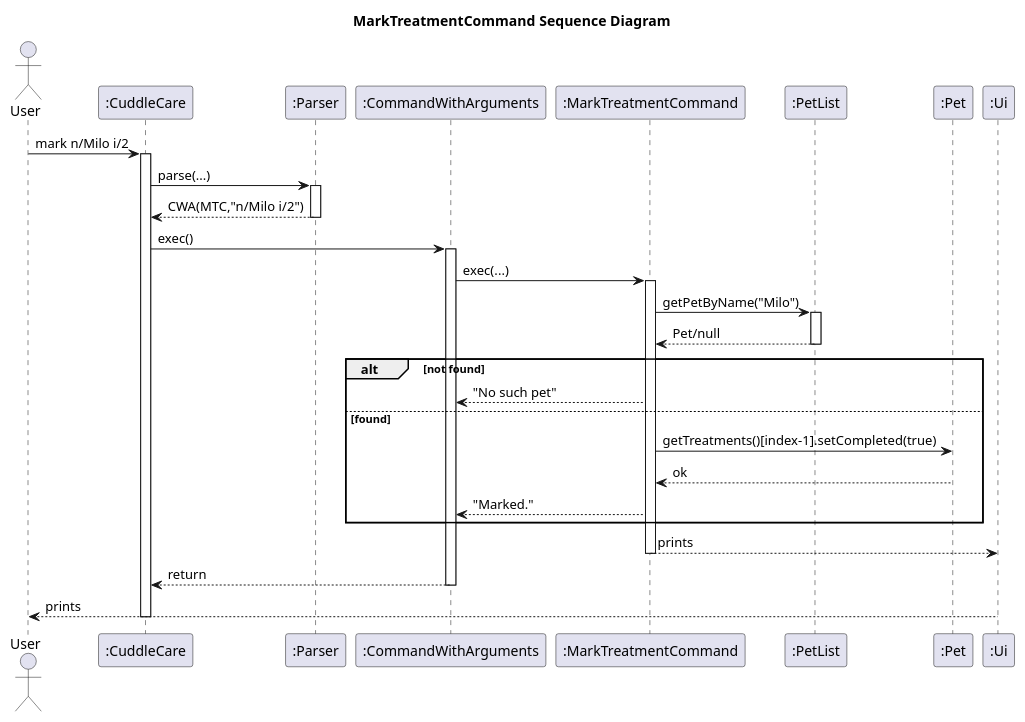
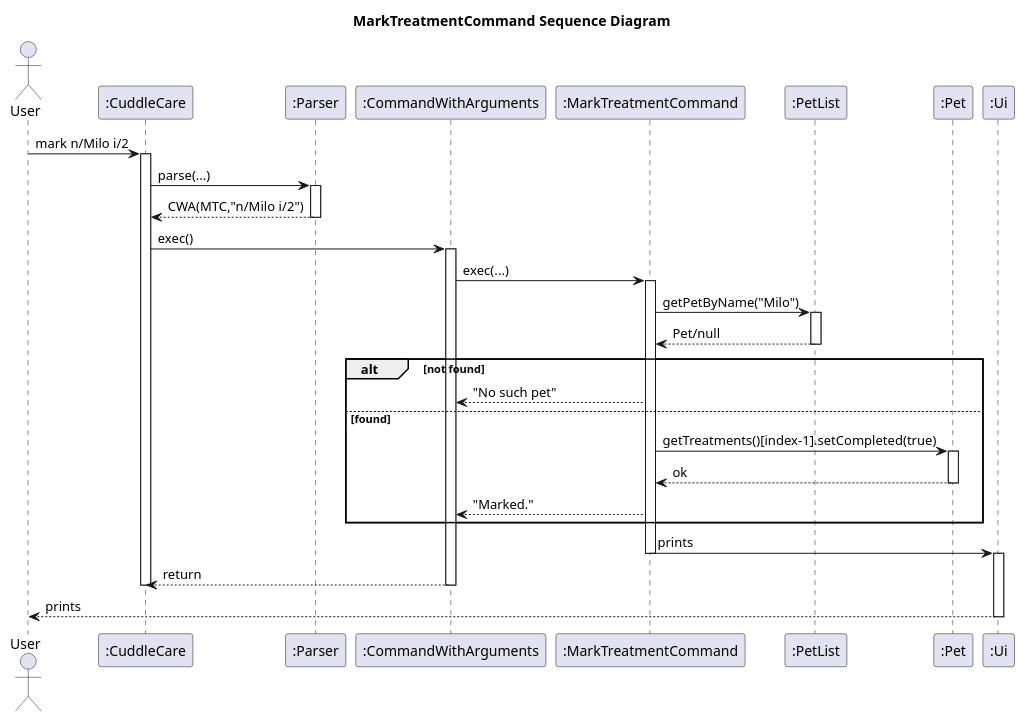
One commit to Kevin88866/tp changed the diagram in docs/uml/MarkTreatmentCommand_Sequence_Diagram.puml. Above: the diagram before and after it, drawn with PlantUML. The commit also changed 20 other files, not shown here.

```diff
--- a/docs/uml/MarkTreatmentCommand_Sequence_Diagram.puml
+++ b/docs/uml/MarkTreatmentCommand_Sequence_Diagram.puml
@@ -1,41 +1,45 @@
 @startuml
 title MarkTreatmentCommand Sequence Diagram
 actor User
 participant ":CuddleCare" as CuddleCare
 participant ":Parser" as Parser
 participant ":CommandWithArguments" as CWA
 participant ":MarkTreatmentCommand" as MTC
 participant ":PetList" as PetList
 participant ":Pet" as Pet
 participant ":Ui" as Ui
 
 User -> CuddleCare : mark n/Milo i/2
 activate CuddleCare
 CuddleCare -> Parser : parse(...)
 activate Parser
 Parser --> CuddleCare : CWA(MTC,"n/Milo i/2")
 deactivate Parser
 
 CuddleCare -> CWA : exec()
 activate CWA
 CWA -> MTC : exec(...)
 activate MTC
 MTC -> PetList : getPetByName("Milo")
 activate PetList
 PetList --> MTC : Pet/null
 deactivate PetList
 
 alt not found
   MTC --> CWA : "No such pet"
 else found
   MTC -> Pet : getTreatments()[index-1].setCompleted(true)
+  activate Pet
   Pet --> MTC : ok
+  deactivate Pet
   MTC --> CWA : "Marked."
 end
-  MTC --> Ui : prints
+  MTC -> Ui : prints
 deactivate MTC
+activate Ui
 CWA --> CuddleCare : return
 deactivate CWA
+deactivate CuddleCare
 Ui --> User : prints
-deactivate CuddleCare
+deactivate Ui
 @enduml
```
